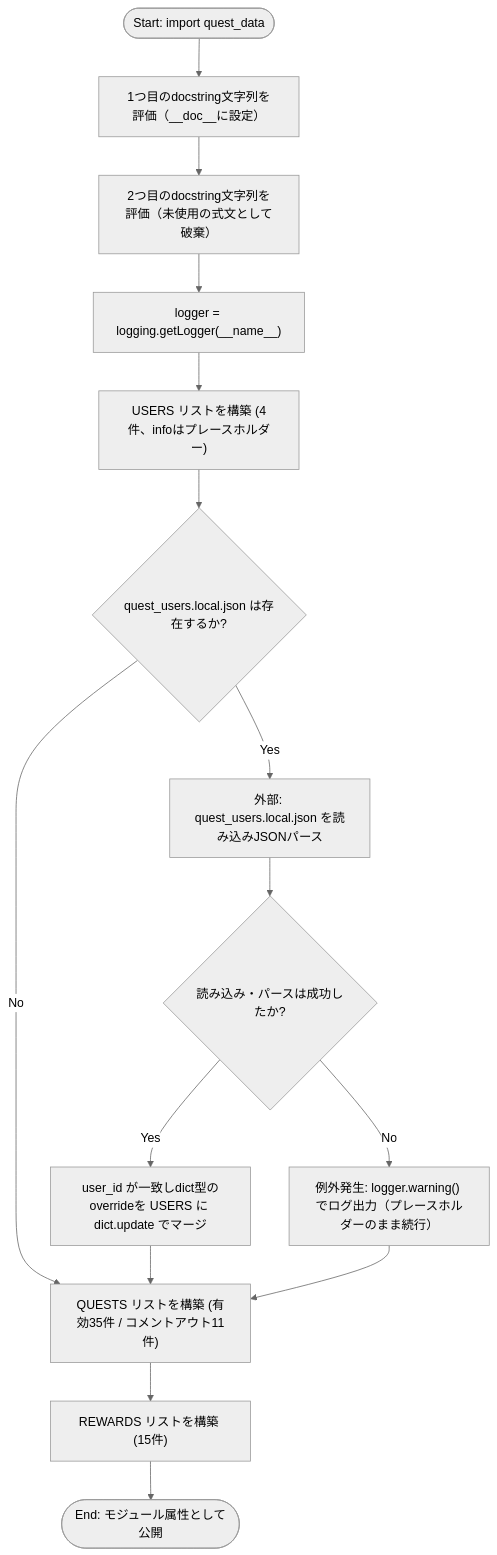
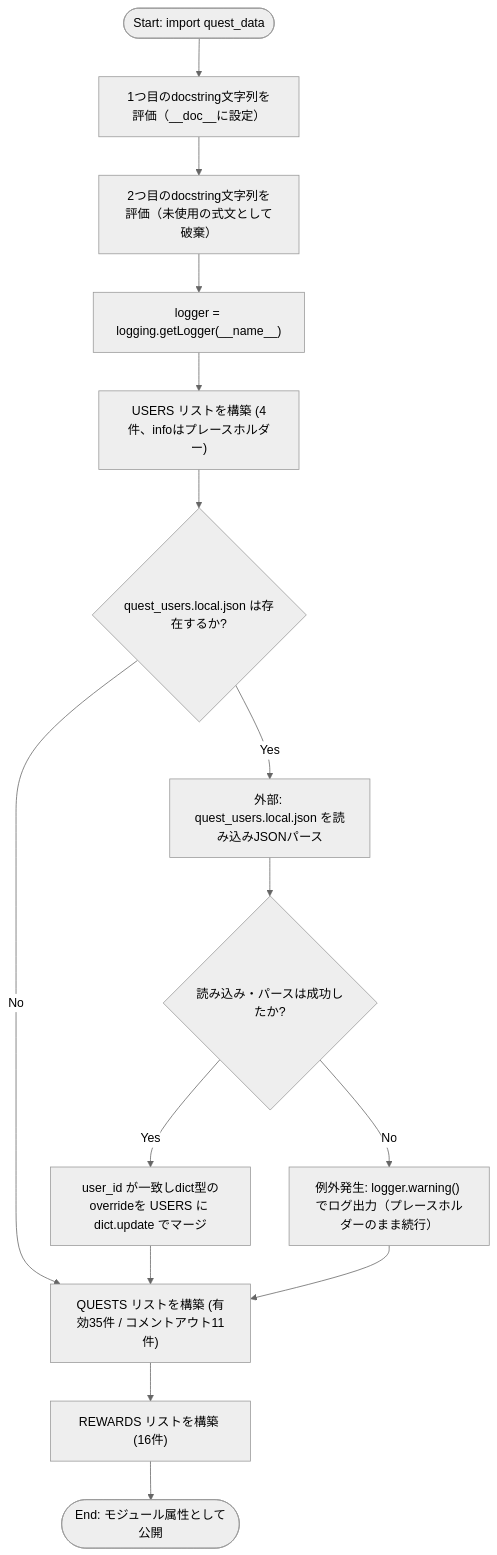
One commit to mmtigers/my_python_project changed the first of 2 diagrams in docs/specifications/MY_HOME_SYSTEM/quest_data.md. Above: the diagram before and after it, drawn with Mermaid (neutral theme). The commit also changed other lines of this file, not shown here.

Commit message:
fix(docs): quest_data.mdの残り2件のレビュー指摘を反映
- id=21移設の節に残っていた「id=61はそのまま残る」という記述を、本PRでid=61を
  廃止した事実に合わせて更新
- Mermaid処理フロー図のREWARDS件数(15件)を、id=122追加後の16件に更新
(自動レビューの指摘を反映)

Claude-Session: https://claude.ai/code/session_01RAwzacCAsoU53j2H3UXh8y

````diff
--- a/docs/specifications/MY_HOME_SYSTEM/quest_data.md
+++ b/docs/specifications/MY_HOME_SYSTEM/quest_data.md
@@ -201,17 +201,17 @@
 ```mermaid
 flowchart TD
     Start(["Start: import quest_data"]) --> Doc1["1つ目のdocstring文字列を評価（__doc__に設定）"]
     Doc1 --> Doc2["2つ目のdocstring文字列を評価（未使用の式文として破棄）"]
     Doc2 --> InitLogger["logger = logging.getLogger(__name__)"]
     InitLogger --> BuildUsers["USERS リストを構築 (4件、infoはプレースホルダー)"]
     BuildUsers --> CheckLocal{"quest_users.local.json は存在するか?"}
     CheckLocal -- No --> BuildQuests["QUESTS リストを構築 (有効35件 / コメントアウト11件)"]
     CheckLocal -- Yes --> LoadLocal["外部: quest_users.local.json を読み込みJSONパース"]
     LoadLocal --> MergeCheck{"読み込み・パースは成功したか?"}
     MergeCheck -- Yes --> MergeUsers["user_id が一致しdict型のoverrideを USERS に dict.update でマージ"]
     MergeCheck -- No --> LogWarn["例外発生: logger.warning() でログ出力（プレースホルダーのまま続行）"]
     MergeUsers --> BuildQuests
     LogWarn --> BuildQuests
-    BuildQuests --> BuildRewards["REWARDS リストを構築 (15件)"]
+    BuildQuests --> BuildRewards["REWARDS リストを構築 (16件)"]
     BuildRewards --> End(["End: モジュール属性として公開"])
 ```
````
